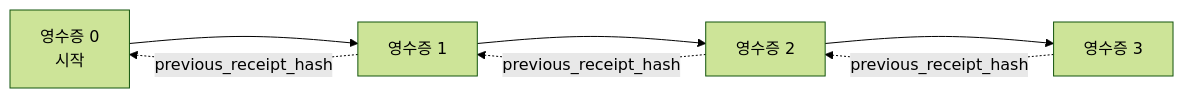
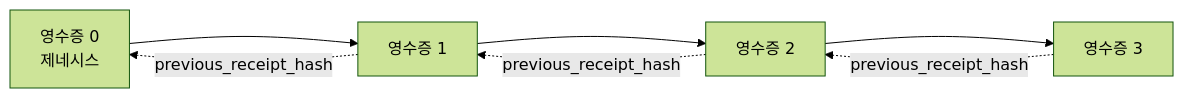
Before and after one commit to microsoft/ai-agents-for-beginners: the second of 2 diagrams in translations/ko/18-securing-ai-agents/README.md, drawn with Mermaid (forest theme). The commit also changed other lines of this file and 46 other files, not shown here.

````diff
--- a/translations/ko/18-securing-ai-agents/README.md
+++ b/translations/ko/18-securing-ai-agents/README.md
@@ -206,9 +203,9 @@
 ```mermaid
 flowchart LR
-    R0[영수증 0<br/>시작] --> R1[영수증 1]
+    R0[영수증 0<br/>제네시스] --> R1[영수증 1]
     R1 --> R2[영수증 2]
     R2 --> R3[영수증 3]
     R1 -. previous_receipt_hash .-> R0
     R2 -. previous_receipt_hash .-> R1
     R3 -. previous_receipt_hash .-> R2
 ```
````
